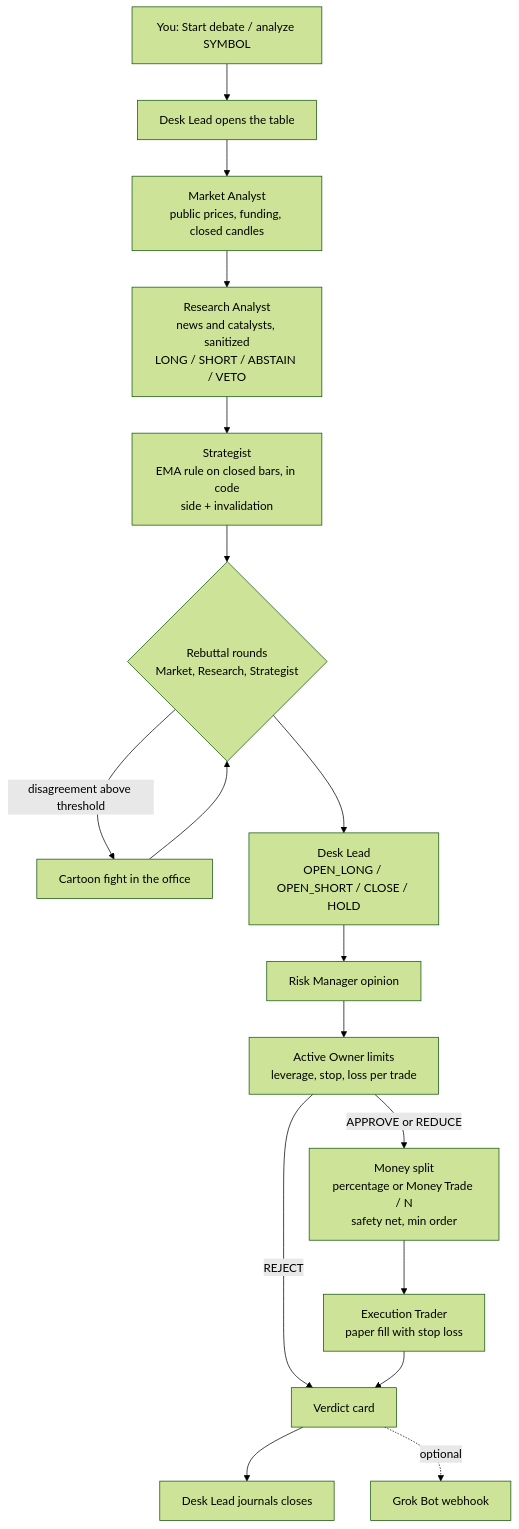
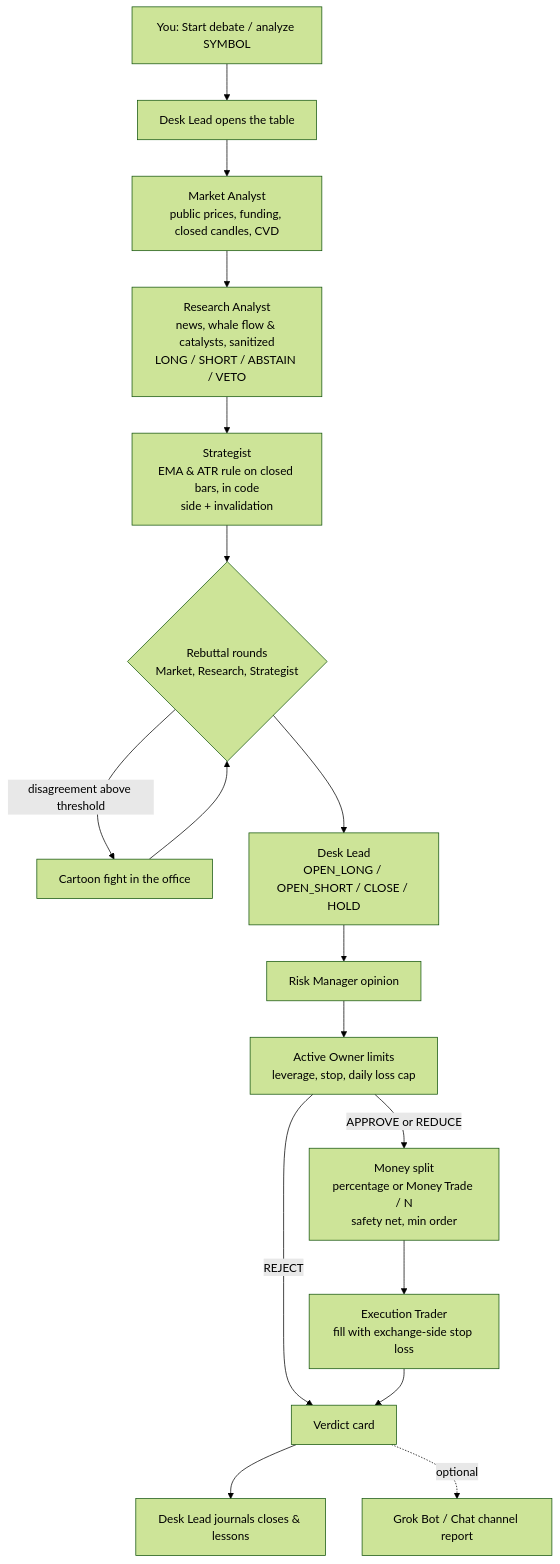
One commit to aabrur/trading-agent-mpu-gandring changed the first of 2 diagrams in README.md. Above: the diagram before and after it, drawn with Mermaid (forest theme). The commit also changed other lines of this file and 15 other files, not shown here.

Commit message:
feat(release): v0.0.0.3.28 - instant exchange switching, partial key merge, min trade 0, and README redesign

````diff
--- a/README.md
+++ b/README.md
@@ -339,19 +270,19 @@
 ```mermaid
 flowchart TD
-    U[You: Start debate / analyze SYMBOL] --> L0[Desk Lead opens the table]
-    L0 --> M[Market Analyst<br/>public prices, funding, closed candles]
-    M --> R[Research Analyst<br/>news and catalysts, sanitized<br/>LONG / SHORT / ABSTAIN / VETO]
-    R --> S[Strategist<br/>EMA rule on closed bars, in code<br/>side + invalidation]
-    S --> D{Rebuttal rounds<br/>Market, Research, Strategist}
-    D -->|disagreement above threshold| F[Cartoon fight in the office]
+    U["You: Start debate / analyze SYMBOL"] --> L0["Desk Lead opens the table"]
+    L0 --> M["Market Analyst<br/>public prices, funding, closed candles, CVD"]
+    M --> R["Research Analyst<br/>news, whale flow & catalysts, sanitized<br/>LONG / SHORT / ABSTAIN / VETO"]
+    R --> S["Strategist<br/>EMA & ATR rule on closed bars, in code<br/>side + invalidation"]
+    S --> D{"Rebuttal rounds<br/>Market, Research, Strategist"}
+    D -->|"disagreement above threshold"| F["Cartoon fight in the office"]
     F --> D
-    D --> L[Desk Lead<br/>OPEN_LONG / OPEN_SHORT / CLOSE / HOLD]
-    L --> K[Risk Manager opinion]
-    K --> C[Active Owner limits<br/>leverage, stop, loss per trade]
-    C -->|REJECT| V[Verdict card]
-    C -->|APPROVE or REDUCE| P[Money split<br/>percentage or Money Trade / N<br/>safety net, min order]
-    P --> E[Execution Trader<br/>paper fill with stop loss]
+    D --> L["Desk Lead<br/>OPEN_LONG / OPEN_SHORT / CLOSE / HOLD"]
+    L --> K["Risk Manager opinion"]
+    K --> C["Active Owner limits<br/>leverage, stop, daily loss cap"]
+    C -->|"REJECT"| V["Verdict card"]
+    C -->|"APPROVE or REDUCE"| P["Money split<br/>percentage or Money Trade / N<br/>safety net, min order"]
+    P --> E["Execution Trader<br/>fill with exchange-side stop loss"]
     E --> V
-    V --> J[Desk Lead journals closes]
-    V -.optional.-> G[Grok Bot webhook]
+    V --> J["Desk Lead journals closes & lessons"]
+    V -.optional.-> G["Grok Bot / Chat channel report"]
 ```
````
